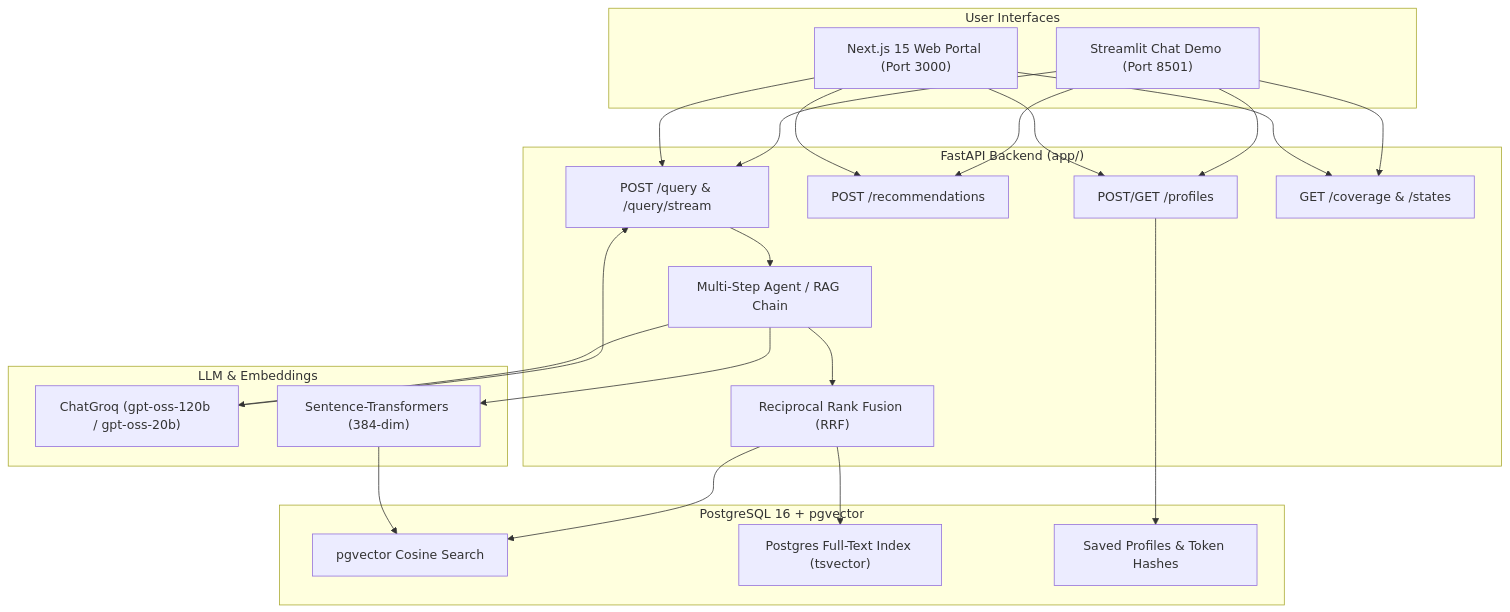
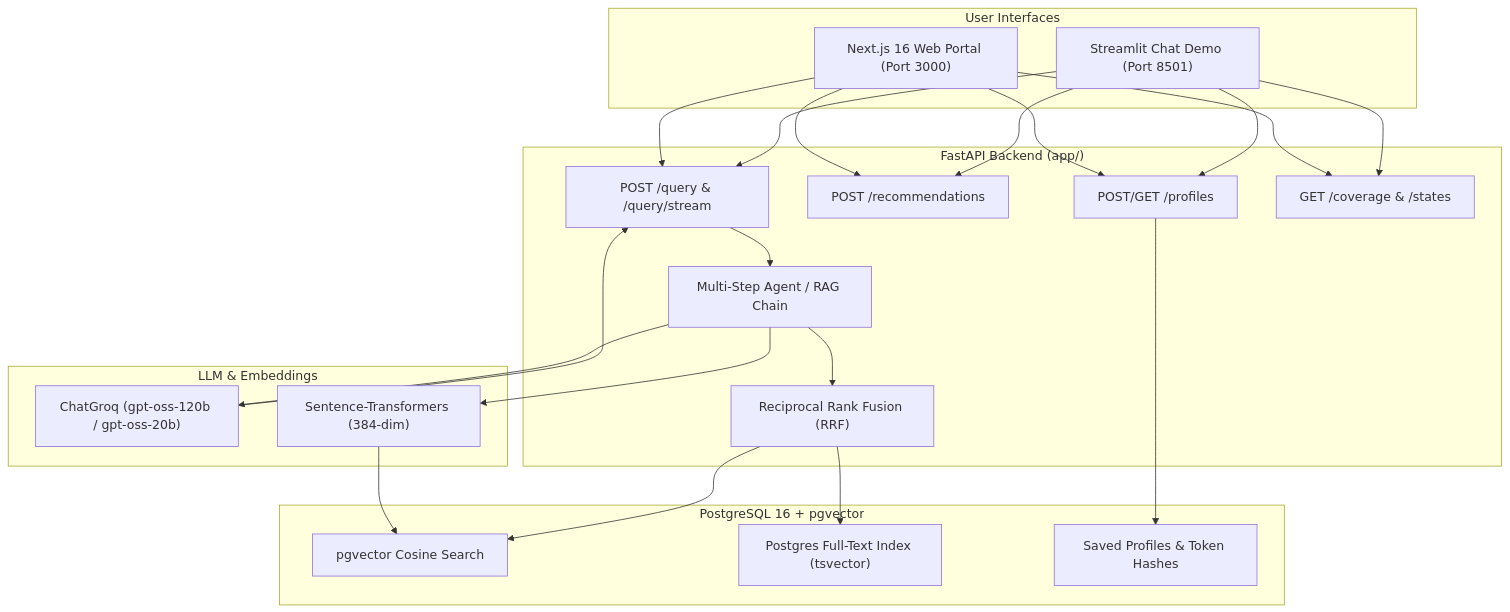
The diagram in README.md (aditya0si/schemeGPT), drawn with Mermaid before and after one commit. The commit also changed other lines of this file and 9 other files, not shown here.

First line of the commit message:
web/docs: Next.js 16 upgrade and documentation aligned with verified behavior

````diff
--- a/README.md
+++ b/README.md
@@ -180,39 +182,39 @@
 ```mermaid
 flowchart TD
     subgraph Clients["User Interfaces"]
-        UI_Web["Next.js 15 Web Portal (Port 3000)"]
+        UI_Web["Next.js 16 Web Portal (Port 3000)"]
         UI_Streamlit["Streamlit Chat Demo (Port 8501)"]
     end
 
     subgraph API["FastAPI Backend (app/)"]
         EP_Query["POST /query & /query/stream"]
         EP_Rec["POST /recommendations"]
         EP_Prof["POST/GET /profiles"]
         EP_Cov["GET /coverage & /states"]
         Agent["Multi-Step Agent / RAG Chain"]
         RRF["Reciprocal Rank Fusion (RRF)"]
     end
 
     subgraph Engine["LLM & Embeddings"]
         Groq["ChatGroq (gpt-oss-120b / gpt-oss-20b)"]
         ST["Sentence-Transformers (384-dim)"]
     end
 
     subgraph Storage["PostgreSQL 16 + pgvector"]
         VecStore["pgvector Cosine Search"]
         FTS["Postgres Full-Text Index (tsvector)"]
         ProfileDB["Saved Profiles & Token Hashes"]
     end
 
     UI_Web --> EP_Query & EP_Rec & EP_Prof & EP_Cov
     UI_Streamlit --> EP_Query & EP_Rec & EP_Prof & EP_Cov
 
     EP_Query --> Agent
     Agent --> ST
     ST --> VecStore
     Agent --> RRF
     RRF --> VecStore & FTS
     Agent --> Groq
     Groq --> EP_Query
     EP_Prof --> ProfileDB
 ```
````
